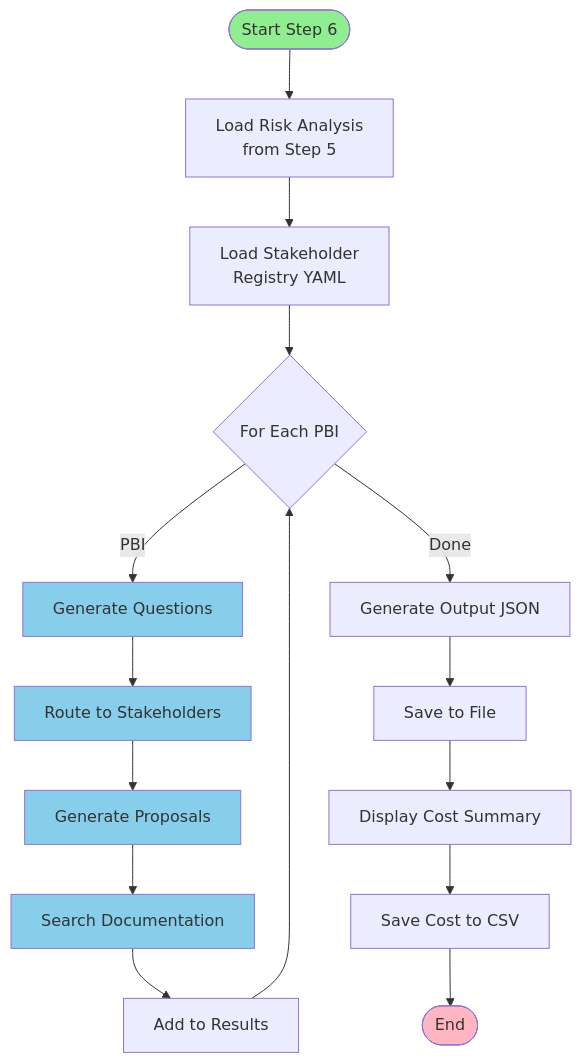
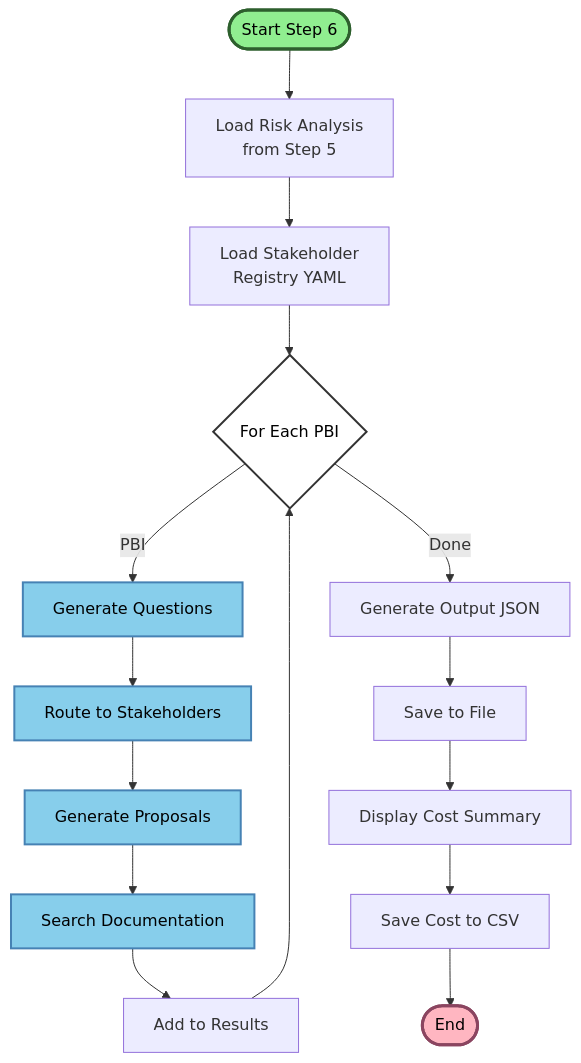
Before and after one commit to ApexChef/backlog-chef: the first of 10 diagrams in poc-step6/docs/architecture-flow.md, drawn with Mermaid. The commit also changed other lines of this file, not shown here.

First line of the commit message:
docs: Improve diagram contrast and readability

````diff
--- a/poc-step6/docs/architecture-flow.md
+++ b/poc-step6/docs/architecture-flow.md
@@ -5,26 +5,27 @@
 ```mermaid
 graph TB
     Start([Start Step 6]) --> LoadInput[Load Risk Analysis<br/>from Step 5]
     LoadInput --> LoadRegistry[Load Stakeholder<br/>Registry YAML]
     LoadRegistry --> ProcessLoop{For Each PBI}
 
     ProcessLoop -->|PBI| GenQ[Generate Questions]
     GenQ --> RouteS[Route to Stakeholders]
     RouteS --> GenP[Generate Proposals]
     GenP --> SearchDocs[Search Documentation]
     SearchDocs --> AddPBI[Add to Results]
 
     AddPBI --> ProcessLoop
     ProcessLoop -->|Done| GenerateOutput[Generate Output JSON]
     GenerateOutput --> SaveOutput[Save to File]
     SaveOutput --> CostSummary[Display Cost Summary]
     CostSummary --> SaveCost[Save Cost to CSV]
     SaveCost --> End([End])
 
-    style Start fill:#90EE90
-    style End fill:#FFB6C1
-    style GenQ fill:#87CEEB
-    style RouteS fill:#87CEEB
-    style GenP fill:#87CEEB
-    style SearchDocs fill:#87CEEB
+    style Start fill:#90EE90,stroke:#2d5f2d,stroke-width:3px,color:#000
+    style End fill:#FFB6C1,stroke:#8b4560,stroke-width:3px,color:#000
+    style GenQ fill:#87CEEB,stroke:#4682b4,stroke-width:2px,color:#000
+    style RouteS fill:#87CEEB,stroke:#4682b4,stroke-width:2px,color:#000
+    style GenP fill:#87CEEB,stroke:#4682b4,stroke-width:2px,color:#000
+    style SearchDocs fill:#87CEEB,stroke:#4682b4,stroke-width:2px,color:#000
+    style ProcessLoop fill:#fff,stroke:#333,stroke-width:2px,color:#000
 ```
````
